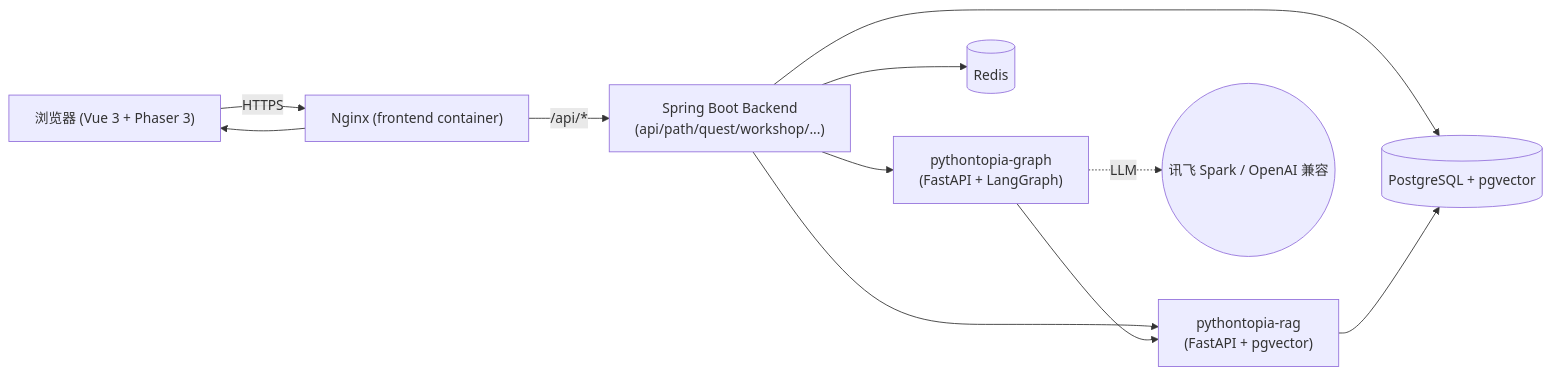
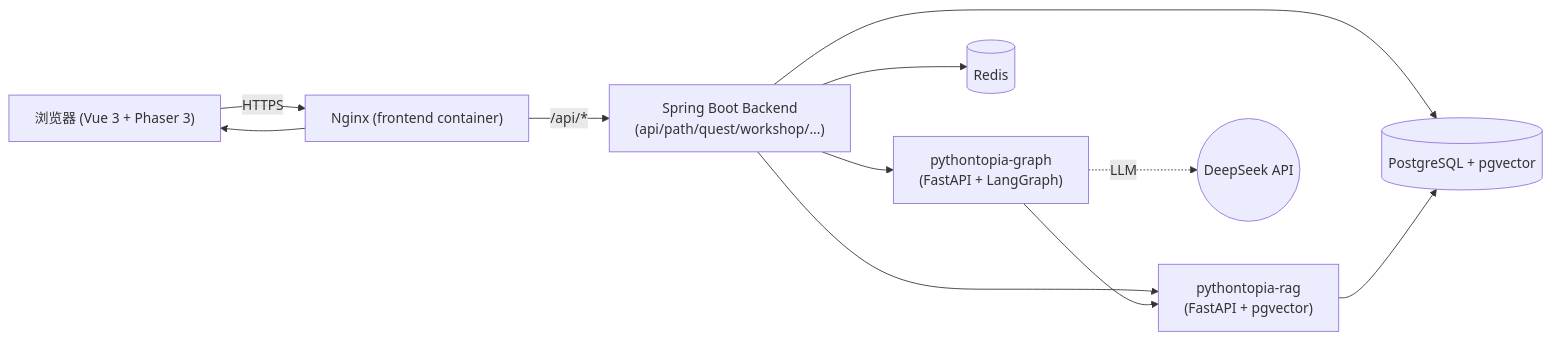
The first of 7 diagrams in docs/architecture/system_design.md (cypre5s/Pythontopia), drawn with Mermaid before and after one commit. The commit also changed other lines of this file and 102 other files, not shown here.

````diff
--- a/docs/architecture/system_design.md
+++ b/docs/architecture/system_design.md
@@ -21,21 +21,21 @@
 ```mermaid
 flowchart LR
   Browser["浏览器 (Vue 3 + Phaser 3)"]
   Nginx["Nginx (frontend container)"]
   Backend["Spring Boot Backend\n(api/path/quest/workshop/...)"]
   Graph["pythontopia-graph\n(FastAPI + LangGraph)"]
   Rag["pythontopia-rag\n(FastAPI + pgvector)"]
   Postgres[(PostgreSQL + pgvector)]
   Redis[(Redis)]
 
   Browser -->|HTTPS| Nginx
   Nginx -->|/api/*| Backend
   Nginx --> Browser
   Backend --> Postgres
   Backend --> Redis
   Backend --> Graph
   Backend --> Rag
   Graph --> Rag
-  Graph -.LLM.-> Spark((讯飞 Spark / OpenAI 兼容))
+  Graph -.LLM.-> DeepSeek((DeepSeek API))
   Rag --> Postgres
 ```
````
